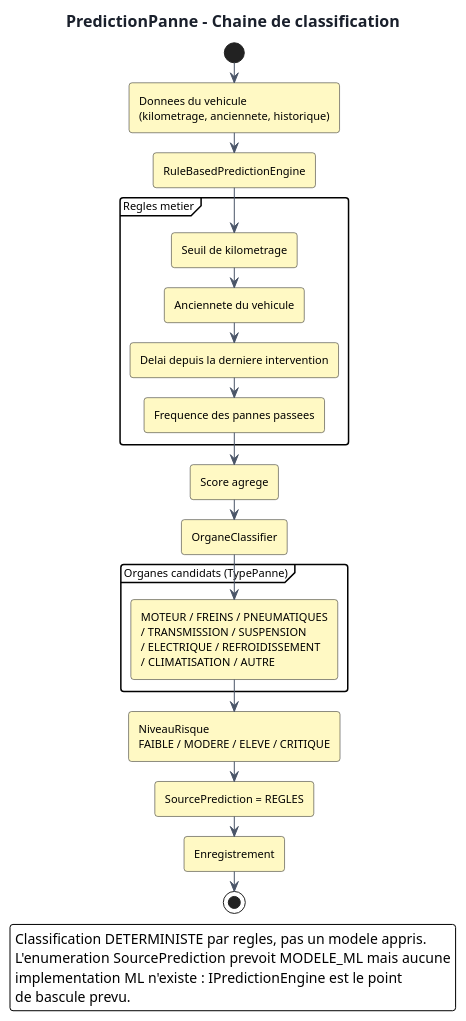
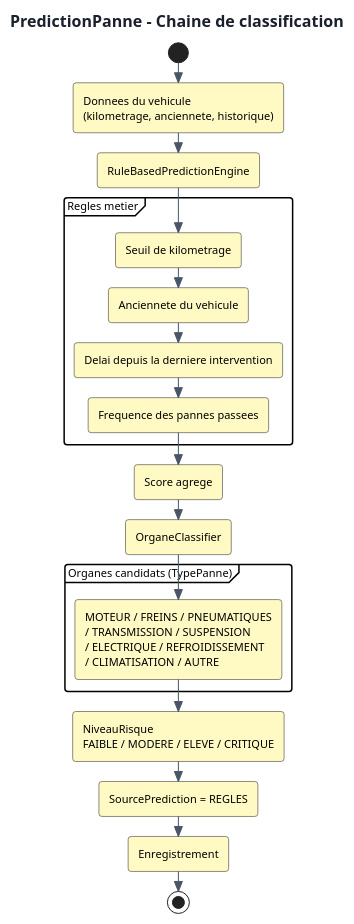
The diagram in docs/diagrams/microservices/PredictionPanne/PredictionPanne-classifier-ia-pipeline.puml (saber-barhoumi/Xpark-gmao), drawn with PlantUML before and after one commit. The commit also changed 192 other files, not shown here.

First line of the commit message:
docs(uml): mise aux normes academiques des diagrammes des microservices

```diff
--- a/docs/diagrams/microservices/PredictionPanne/PredictionPanne-classifier-ia-pipeline.puml
+++ b/docs/diagrams/microservices/PredictionPanne/PredictionPanne-classifier-ia-pipeline.puml
@@ -1,44 +1,38 @@
 @startuml
+skinparam style strictuml
 skinparam backgroundColor #FFFFFF
 skinparam shadowing false
 skinparam defaultFontName Verdana
 skinparam defaultFontSize 11
 skinparam roundCorner 6
 skinparam ArrowColor #4A5568
 skinparam TitleFontSize 16
 skinparam TitleFontColor #1A202C
 skinparam NoteBackgroundColor #FFF8DC
 skinparam NoteBorderColor #D6BF7A
 skinparam componentStyle rectangle
 
 title PredictionPanne - Chaine de classification
 
 skinparam ActivityBackgroundColor #FFF9C4
 
 start
 :Donnees du vehicule\n(kilometrage, anciennete, historique);
 :RuleBasedPredictionEngine;
 partition "Regles metier" {
   :Seuil de kilometrage;
   :Anciennete du vehicule;
   :Delai depuis la derniere intervention;
   :Frequence des pannes passees;
 }
 :Score agrege;
 :OrganeClassifier;
 partition "Organes candidats (TypePanne)" {
   :MOTEUR / FREINS / PNEUMATIQUES\n/ TRANSMISSION / SUSPENSION\n/ ELECTRIQUE / REFROIDISSEMENT\n/ CLIMATISATION / AUTRE;
 }
 :NiveauRisque\nFAIBLE / MODERE / ELEVE / CRITIQUE;
 :SourcePrediction = REGLES;
 :Enregistrement;
 stop
 
-legend right
-Classification DETERMINISTE par regles, pas un modele appris.
-L'enumeration SourcePrediction prevoit MODELE_ML mais aucune
-implementation ML n'existe : IPredictionEngine est le point
-de bascule prevu.
-endlegend
-
 @enduml
```
